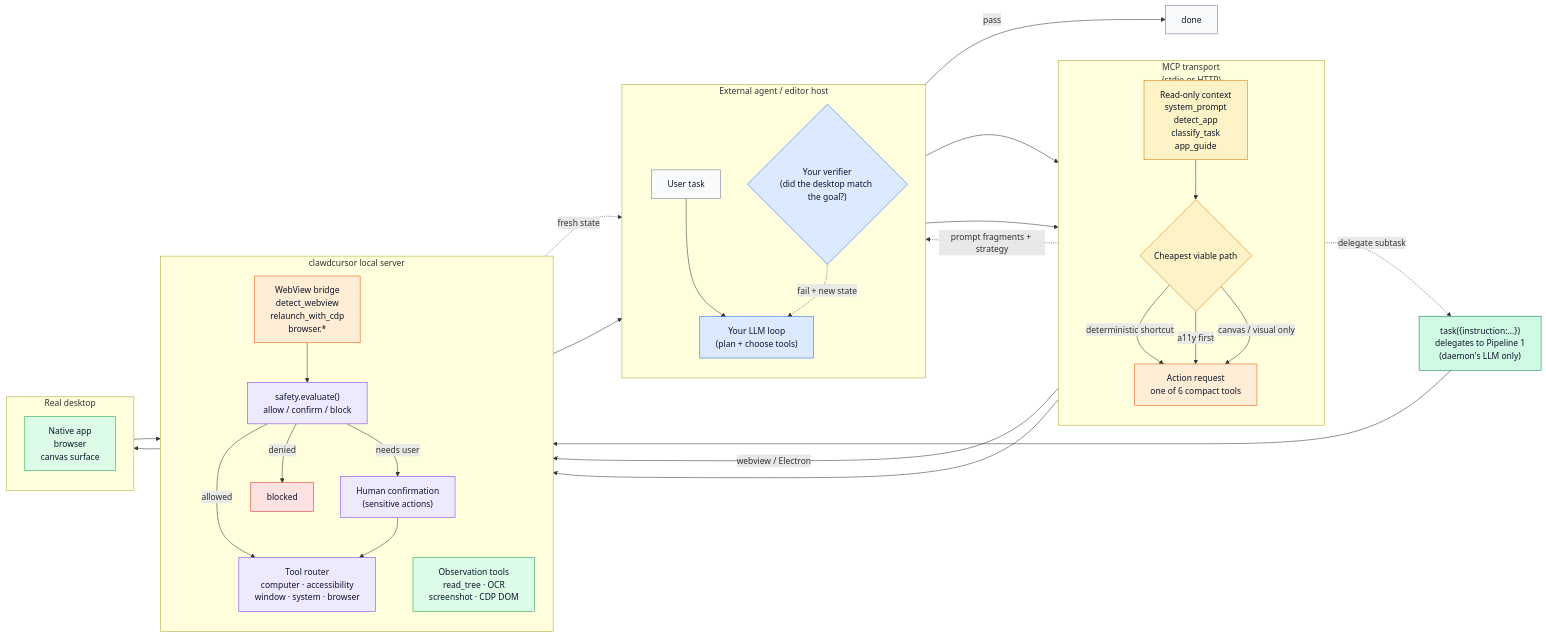
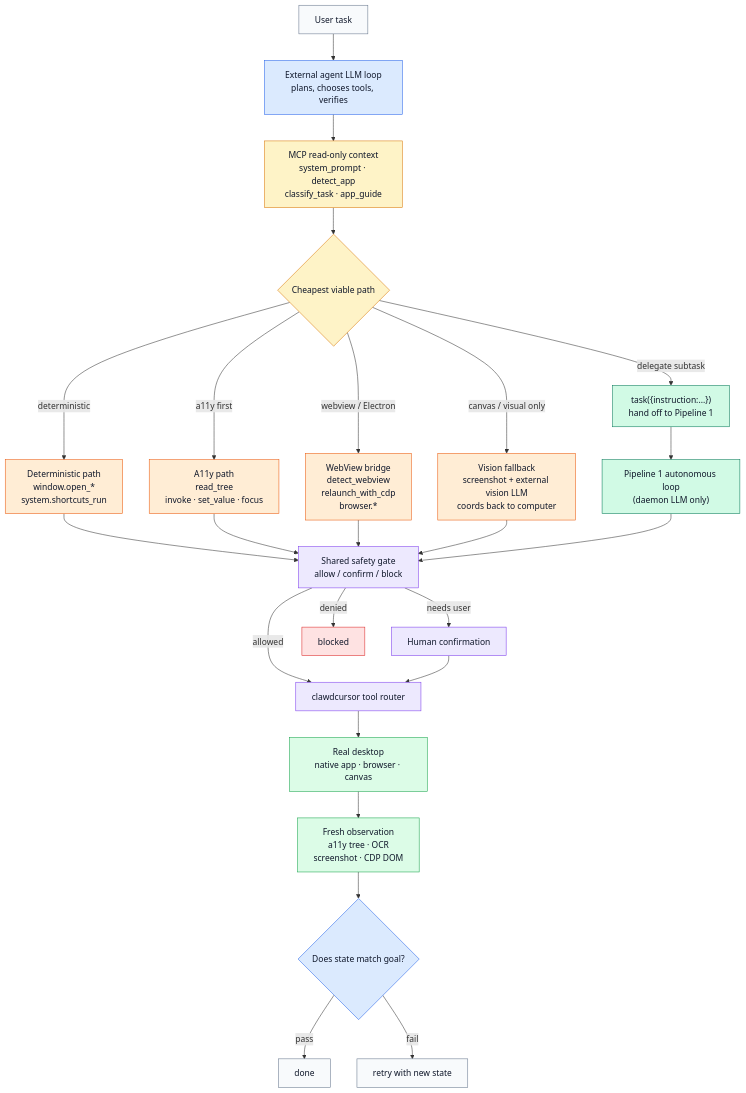
Before and after one commit to AmrDab/clawd-cursor: the second of 2 diagrams in README.md, drawn with Mermaid. The commit also changed other lines of this file, not shown here.

Commit message:
docs: simplify pipeline diagrams

````diff
--- a/README.md
+++ b/README.md
@@ -193,73 +181,48 @@
 ```mermaid
-flowchart LR
-    subgraph agent["External agent / editor host"]
-        direction TB
-        task["User task"] --> loop["Your LLM loop<br/>(plan + choose tools)"]
-        verify{"Your verifier<br/>(did the desktop match the goal?)"}
-        verify -. fail + new state .-> loop
-    end
+flowchart TB
+    task["User task"] --> loop["External agent LLM loop<br/>plans, chooses tools, verifies"]
+    loop --> context["MCP read-only context<br/>system_prompt · detect_app<br/>classify_task · app_guide"]
+    context --> route{"Cheapest viable path"}
 
-    subgraph mcp["MCP transport<br/>(stdio or HTTP)"]
-        direction TB
-        context["Read-only context<br/>system_prompt<br/>detect_app<br/>classify_task<br/>app_guide"]
-        route{"Cheapest viable path"}
-        action["Action request<br/>one of 6 compact tools"]
-    end
+    route -- deterministic --> shortcut["Deterministic path<br/>window.open_*<br/>system.shortcuts_run"]
+    route -- a11y first --> a11y["A11y path<br/>read_tree<br/>invoke · set_value · focus"]
+    route -- webview / Electron --> webview["WebView bridge<br/>detect_webview<br/>relaunch_with_cdp<br/>browser.*"]
+    route -- canvas / visual only --> vision["Vision fallback<br/>screenshot + external vision LLM<br/>coords back to computer"]
+    route -- delegate subtask --> handoff["task({instruction:...})<br/>hand off to Pipeline 1"]
 
-    subgraph server["clawdcursor local server"]
-        direction TB
-        safety["safety.evaluate()<br/>allow / confirm / block"]
-        confirm["Human confirmation<br/>(sensitive actions)"]
-        tools["Tool router<br/>computer · accessibility<br/>window · system · browser"]
-        observe["Observation tools<br/>read_tree · OCR<br/>screenshot · CDP DOM"]
-        webview["WebView bridge<br/>detect_webview<br/>relaunch_with_cdp<br/>browser.*"]
-        blocked["blocked"]
-    end
+    shortcut --> safety
+    a11y --> safety
+    webview --> safety
+    vision --> safety
+    handoff --> p1["Pipeline 1 autonomous loop<br/>(daemon LLM only)"]
+    p1 --> safety
 
-    subgraph desktop["Real desktop"]
-        direction TB
-        app["Native app<br/>browser<br/>canvas surface"]
-    end
+    safety["Shared safety gate<br/>allow / confirm / block"] -- allowed --> tools["clawdcursor tool router"]
+    safety -- needs user --> confirm["Human confirmation"] --> tools
+    safety -- denied --> blocked["blocked"]
 
-    loop --> context
-    context -. prompt fragments + strategy .-> loop
-    context --> route
-    loop --> route
+    tools --> desktop["Real desktop<br/>native app · browser · canvas"]
+    desktop --> observe["Fresh observation<br/>a11y tree · OCR<br/>screenshot · CDP DOM"]
+    observe --> verify{"Does state match goal?"}
 
-    route -- deterministic shortcut --> action
-    route -- a11y first --> action
-    route -- webview / Electron --> webview
-    route -- canvas / visual only --> action
-    route -. delegate subtask .-> handoff["task({instruction:...})<br/>delegates to Pipeline 1<br/>(daemon's LLM only)"]
-
-    action --> safety
-    webview --> safety
-    handoff --> safety
-    safety -- allowed --> tools
-    safety -- needs user --> confirm --> tools
-    safety -- denied --> blocked
-
-    tools --> app
-    app --> observe
-    observe -. fresh state .-> loop
-    observe --> verify
     verify -- pass --> done["done"]
+    verify -- fail --> retry["retry with new state"]
 
     classDef input fill:#f8fafc,stroke:#64748b,color:#0f172a;
     classDef agentNode fill:#dbeafe,stroke:#2563eb,color:#0f172a;
     classDef contextNode fill:#fef3c7,stroke:#d97706,color:#0f172a;
     classDef gate fill:#ede9fe,stroke:#7c3aed,color:#0f172a;
     classDef desktopNode fill:#dcfce7,stroke:#16a34a,color:#0f172a;
     classDef expensive fill:#ffedd5,stroke:#ea580c,color:#0f172a;
     classDef handoffNode fill:#d1fae5,stroke:#047857,color:#0f172a;
     classDef stop fill:#fee2e2,stroke:#dc2626,color:#0f172a;
 
-    class task,done input;
+    class task,done,retry input;
     class loop,verify agentNode;
     class context,route contextNode;
     class safety,confirm,tools gate;
-    class observe,app desktopNode;
-    class action,webview expensive;
-    class handoff handoffNode;
+    class desktop,observe desktopNode;
+    class shortcut,a11y,webview,vision expensive;
+    class handoff,p1 handoffNode;
     class blocked stop;
 ```
````
